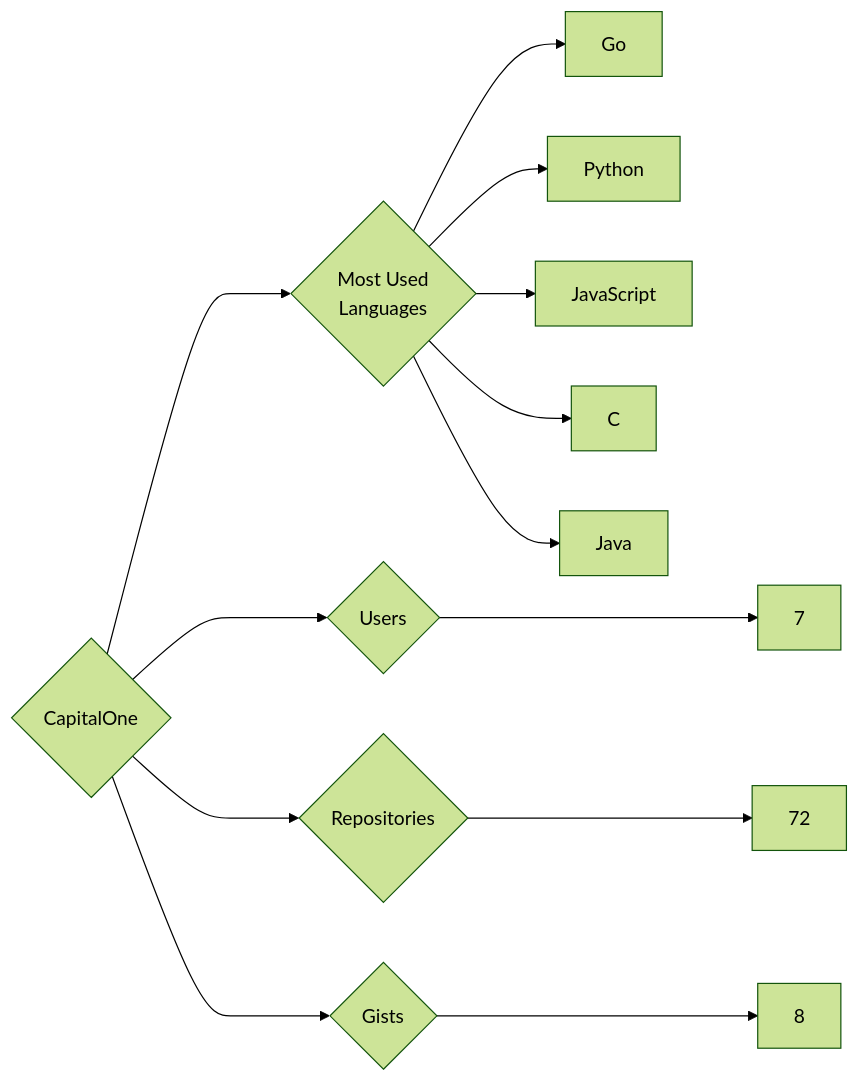
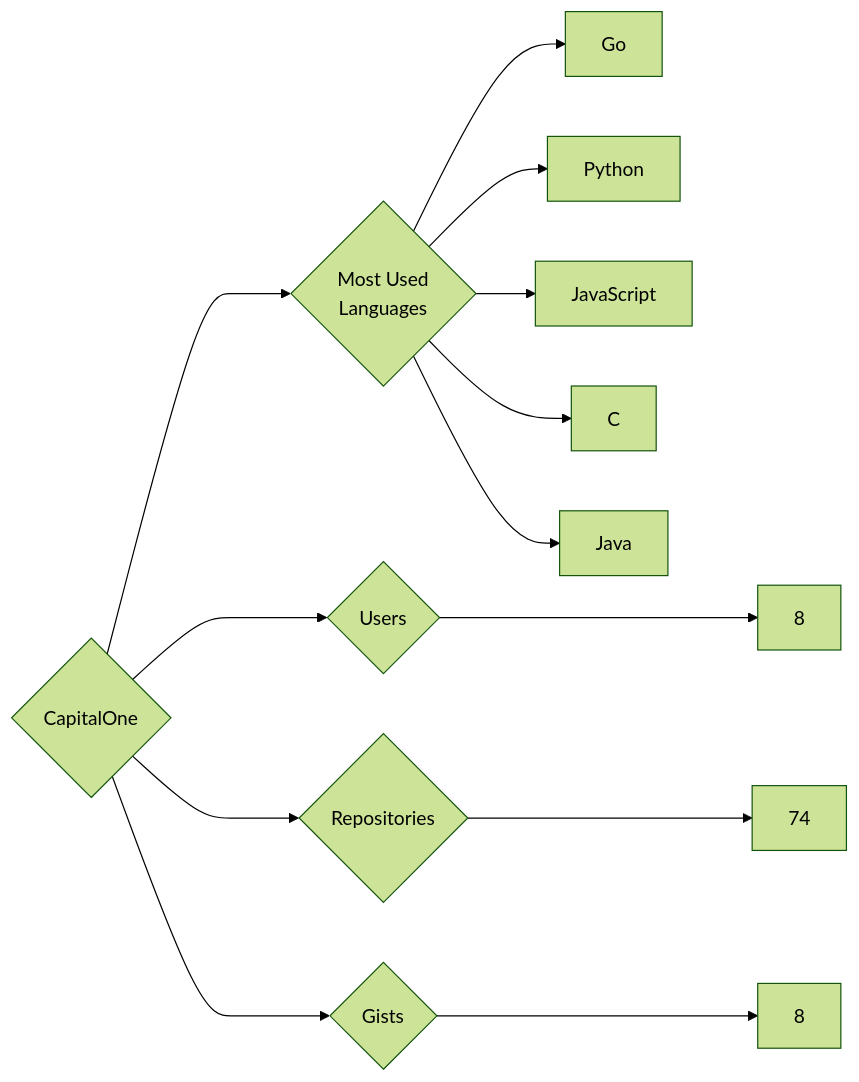
Before and after one commit to trickest/insiders: the diagram in targets/CapitalOne/README.md, drawn with Mermaid (forest theme). The commit also changed 888 other files, not shown here.

````diff
--- a/targets/CapitalOne/README.md
+++ b/targets/CapitalOne/README.md
@@ -3,13 +3,13 @@
 ```mermaid
 graph LR
 COMPANY_NAME{CapitalOne}
-COMPANY_NAME ---> U{Users} ---> UN[7]
-COMPANY_NAME ---> R{Repositories} ---> RN[72]
+COMPANY_NAME ---> U{Users} ---> UN[8]
+COMPANY_NAME ---> R{Repositories} ---> RN[74]
 COMPANY_NAME ---> G{Gists} ---> GN[8]
 COMPANY_NAME ---> ML{Most Used<br>Languages}
 ML --> Go[Go]
 ML --> Python[Python]
 ML --> JavaScript[JavaScript]
 ML --> C[C]
 ML --> Java[Java]
 ```
````
